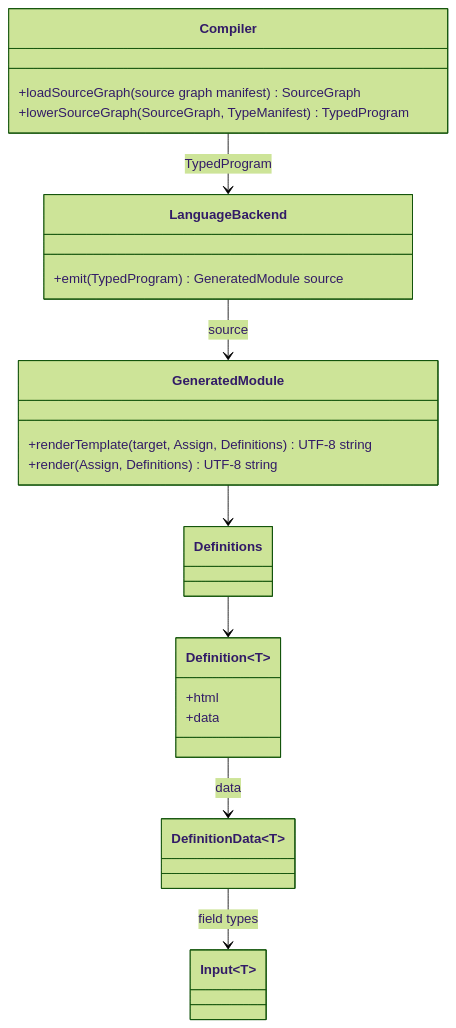
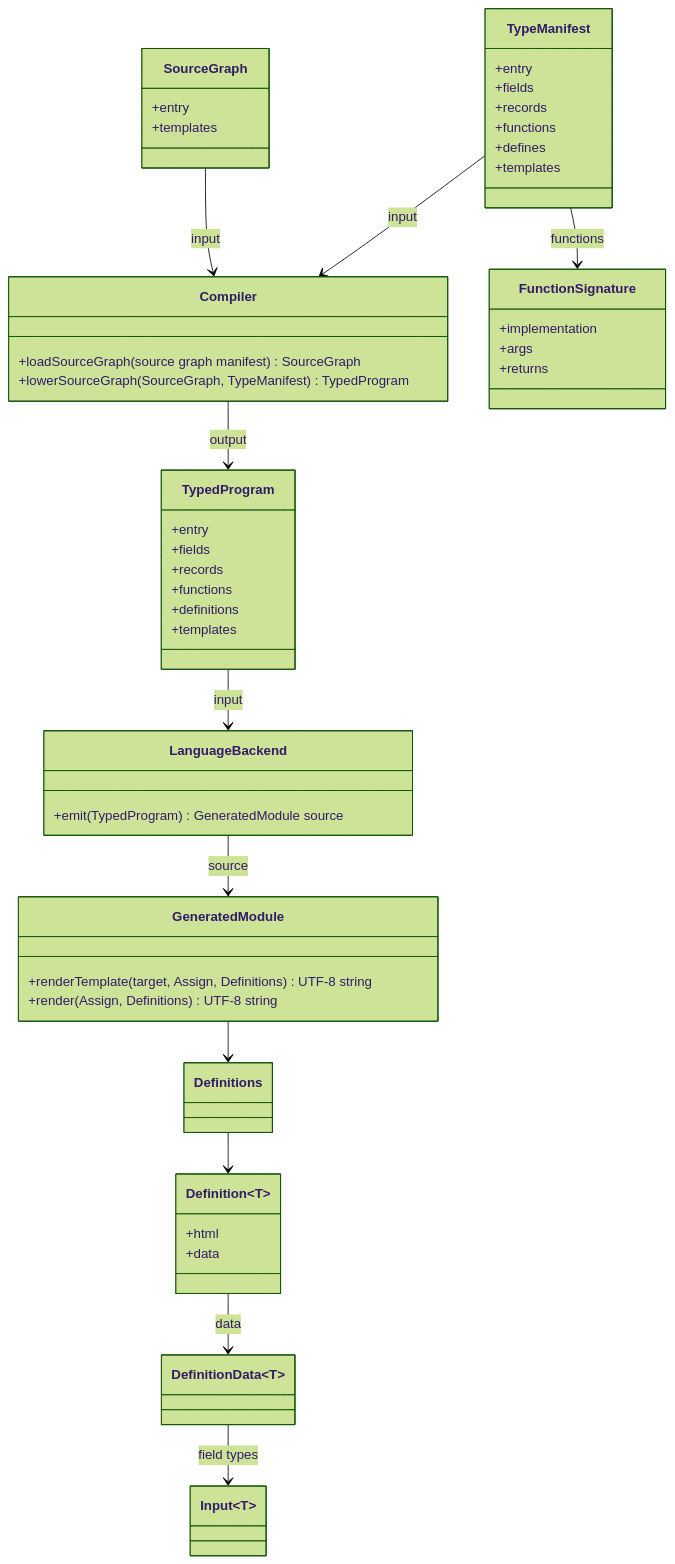
The diagram in tools/compiler/generated/compiler-classes.mmd (polyspec/template), drawn with Mermaid (forest theme) before and after one commit. The commit also changed 58 other files, not shown here.

```diff
--- a/tools/compiler/generated/compiler-classes.mmd
+++ b/tools/compiler/generated/compiler-classes.mmd
@@ -1,25 +1,54 @@
 classDiagram
   class Compiler {
     +loadSourceGraph(source graph manifest) SourceGraph
     +lowerSourceGraph(SourceGraph, TypeManifest) TypedProgram
   }
   class LanguageBackend {
     +emit(TypedProgram) GeneratedModule source
   }
   class GeneratedModule {
     +renderTemplate(target, Assign, Definitions) UTF-8 string
     +render(Assign, Definitions) UTF-8 string
   }
+  class SourceGraph {
+    +entry
+    +templates
+  }
+  class TypeManifest {
+    +entry
+    +fields
+    +records
+    +functions
+    +defines
+    +templates
+  }
+  class TypedProgram {
+    +entry
+    +fields
+    +records
+    +functions
+    +definitions
+    +templates
+  }
   class Definition~T~ {
     +html
     +data
   }
   class DefinitionData~T~
   class Definitions
   class Input~T~
-  Compiler --> LanguageBackend : TypedProgram
+  class FunctionSignature {
+    +implementation
+    +args
+    +returns
+  }
+  SourceGraph --> Compiler : input
+  TypeManifest --> Compiler : input
+  Compiler --> TypedProgram : output
+  TypedProgram --> LanguageBackend : input
   LanguageBackend --> GeneratedModule : source
   GeneratedModule --> Definitions
   Definitions --> Definition~T~
   Definition~T~ --> DefinitionData~T~ : data
   DefinitionData~T~ --> Input~T~ : field types
+  TypeManifest --> FunctionSignature : functions
```
